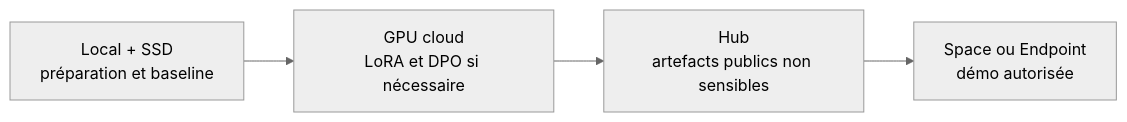
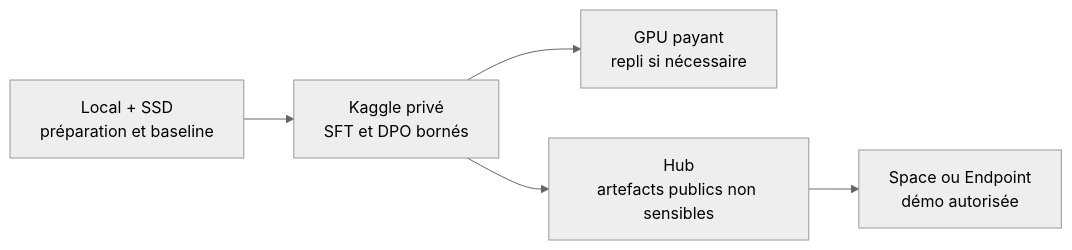
The diagram in docs/technical/STRATEGIE_EXECUTION_HYBRIDE.md (ppluton/medical-triage-llm-poc), drawn with Mermaid (neutral theme) before and after one commit. The commit also changed other lines of this file and 3 other files, not shown here.

First line of the commit message:
docs(kaggle): document full SFT execution choice

````diff
--- a/docs/technical/STRATEGIE_EXECUTION_HYBRIDE.md
+++ b/docs/technical/STRATEGIE_EXECUTION_HYBRIDE.md
@@ -25,6 +31,7 @@
 ```mermaid
 flowchart LR
-  A[Local + SSD<br/>préparation et baseline] --> B[GPU cloud<br/>LoRA et DPO si nécessaire]
+  A[Local + SSD<br/>préparation et baseline] --> B[Kaggle privé<br/>SFT et DPO bornés]
+  B --> E[GPU payant<br/>repli si nécessaire]
   B --> C[Hub<br/>artefacts publics non sensibles]
   C --> D[Space ou Endpoint<br/>démo autorisée]
 ```
````
